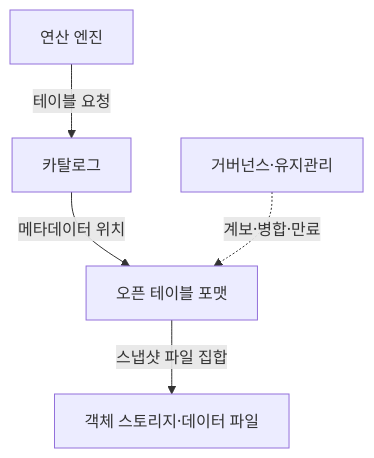
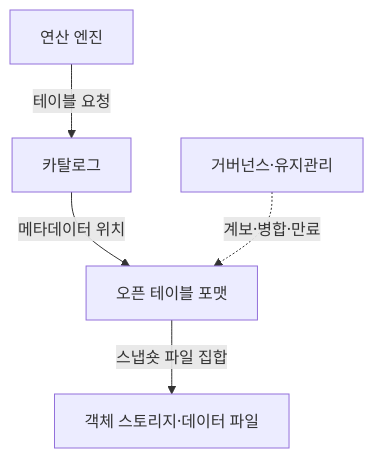
One commit to agnusdei1207/knowledge-base changed the first of 2 diagrams in src/content/docs/notes/03-software/126_data_lakehouse.md. Above: the diagram before and after it, drawn with Mermaid. The commit also changed other lines of this file and 7 other files, not shown here.

````diff
--- a/src/content/docs/notes/03-software/126_data_lakehouse.md
+++ b/src/content/docs/notes/03-software/126_data_lakehouse.md
@@ -58,7 +57,7 @@
 ```mermaid
 flowchart TB
     E[연산 엔진] -->|테이블 요청| C[카탈로그]
     C -->|메타데이터 위치| T[오픈 테이블 포맷]
-    T -->|스냅샷 파일 집합| O[객체 스토리지·데이터 파일]
+    T -->|스냅숏 파일 집합| O[객체 스토리지·데이터 파일]
     G[거버넌스·유지관리] -.->|계보·병합·만료| T
 ```
````
